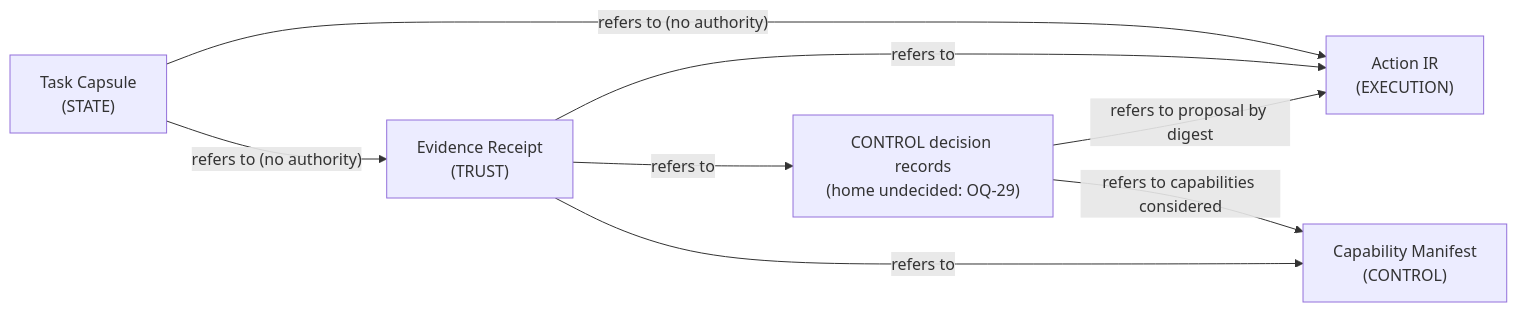
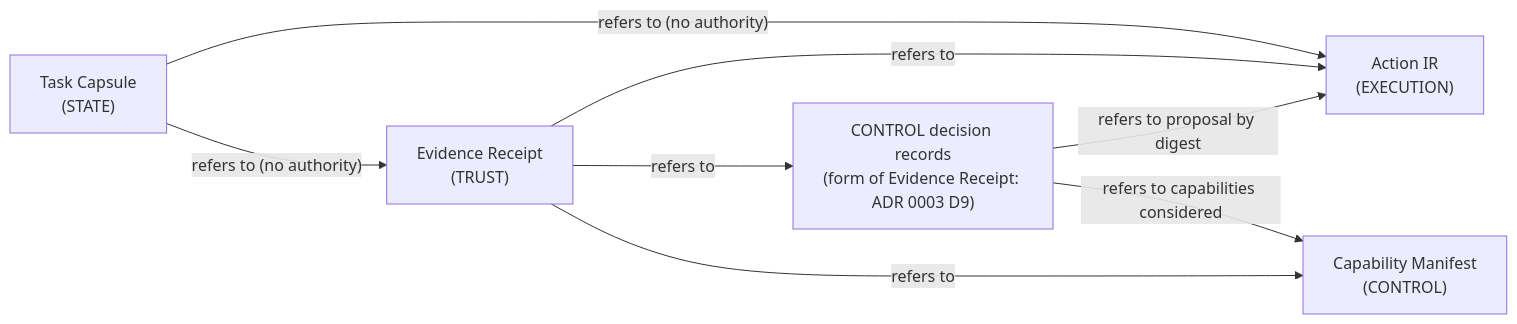
Before and after one commit to CuberGROS/proof-runtime: the diagram in docs/protocols/dependency-map.md, drawn with Mermaid. The commit also changed other lines of this file and 5 other files, not shown here.

````diff
--- a/docs/protocols/dependency-map.md
+++ b/docs/protocols/dependency-map.md
@@ -57,16 +54,16 @@
 ```mermaid
 flowchart LR
     CM["Capability Manifest<br/>(CONTROL)"]
     AIR["Action IR<br/>(EXECUTION)"]
     TC["Task Capsule<br/>(STATE)"]
     ER["Evidence Receipt<br/>(TRUST)"]
-    DR["CONTROL decision records<br/>(home undecided: OQ-29)"]
+    DR["CONTROL decision records<br/>(form of Evidence Receipt: ADR 0003 D9)"]
 
     DR -- "refers to proposal by digest" --> AIR
     DR -- "refers to capabilities considered" --> CM
     TC -- "refers to (no authority)" --> AIR
     TC -- "refers to (no authority)" --> ER
     ER -- "refers to" --> AIR
     ER -- "refers to" --> DR
     ER -- "refers to" --> CM
 ```
````
